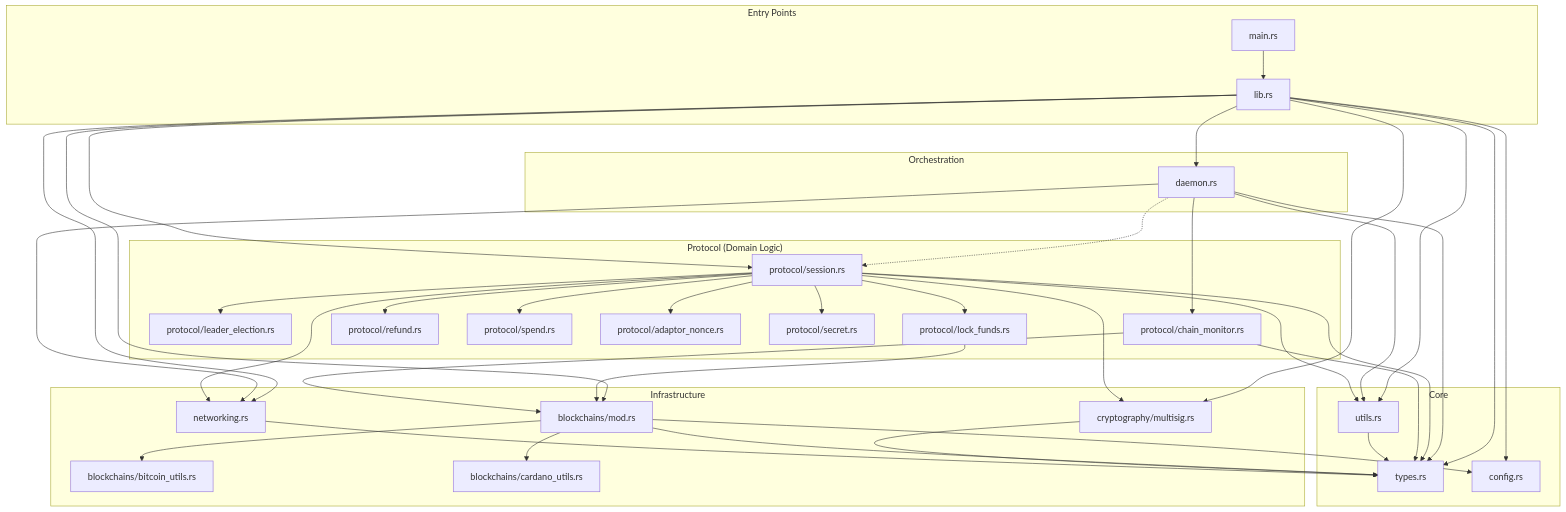
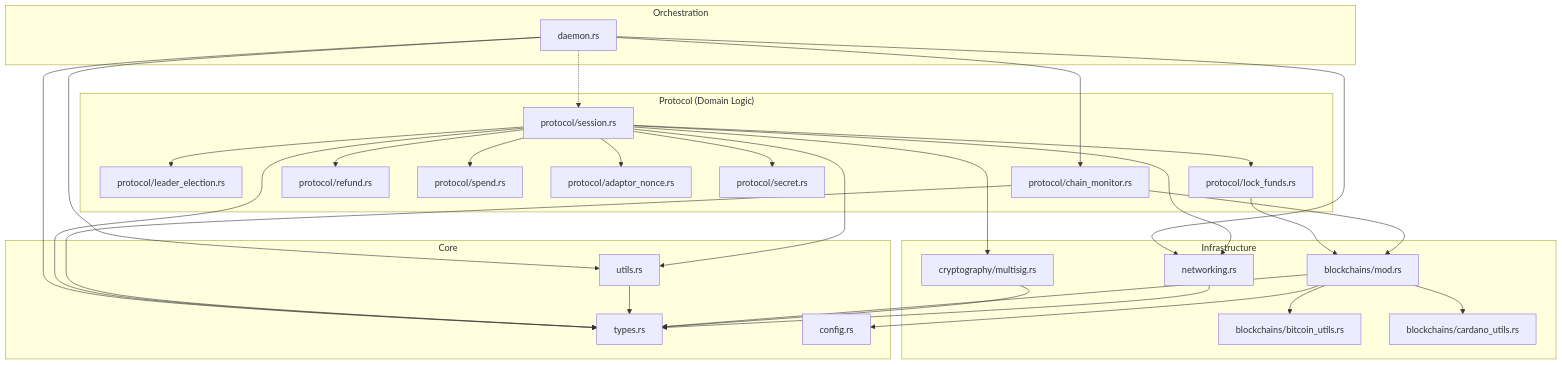
One commit to input-output-hk/cyclic-atomic-swap changed the first of 2 diagrams in docs/arc42/8_cc.md. Above: the diagram before and after it, drawn with Mermaid. The commit also changed other lines of this file, not shown here.

Commit message:
arc42 8 Crosscutting Concepts updated with architecture details and instrumentation references. Mermaid diagram placeholders added.

````diff
--- a/docs/arc42/8_cc.md
+++ b/docs/arc42/8_cc.md
@@ -20,68 +19,66 @@
 ```mermaid
 graph TD
-    subgraph Entry Points
-        Main[main.rs] --> Lib[lib.rs]
-    end
+   
 
     subgraph Orchestration
         Daemon[daemon.rs]
     end
 
     subgraph "Protocol (Domain Logic)"
         Session[protocol/session.rs]
         
         Session --> LE[protocol/leader_election.rs]
         Session --> LF[protocol/lock_funds.rs]
         Session --> RF[protocol/refund.rs]
         Session --> SP[protocol/spend.rs]
         Session --> AN[protocol/adaptor_nonce.rs]
         Session --> SC[protocol/secret.rs]
         
         Daemon -.-> Session
         Daemon --> CM[protocol/chain_monitor.rs]
     end
 
     subgraph Infrastructure
         NW[networking.rs]
         CRY[cryptography/multisig.rs]
         BC[blockchains/mod.rs]
         BC --> BC_B[blockchains/bitcoin_utils.rs]
         BC --> BC_C[blockchains/cardano_utils.rs]
     end
 
     subgraph Core
         Types[types.rs]
         Utils[utils.rs]
         Config[config.rs]
     end
 
-    %% Dependencies
-    Lib --> Daemon
-    Lib --> Session
-    Lib --> NW
-    Lib --> CRY
-    Lib --> BC
-    Lib --> Types
-    Lib --> Utils
-    Lib --> Config
+%%    %% Dependencies
+%%    Lib --> Daemon
+%%    Lib --> Session
+%%    Lib --> NW
+%%    Lib --> CRY
+%%    Lib --> BC
+%%    Lib --> Types
+%%    Lib --> Utils
+%%    Lib --> Config
 
     Daemon --> NW
     Daemon --> Types
     Daemon --> Utils
 
     Session --> CRY
     Session --> NW
     Session --> Types
     Session --> Utils
 
     LF --> BC
     CM --> BC
     CM --> Types
     
     BC --> Types
     BC --> Config
 
     CRY --> Types
     NW --> Types
     Utils --> Types
 ```
````
